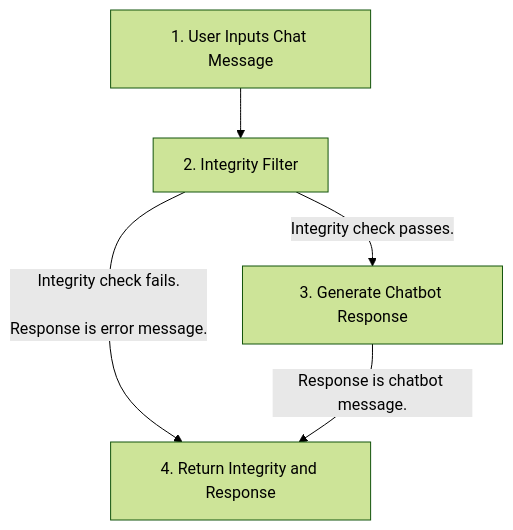
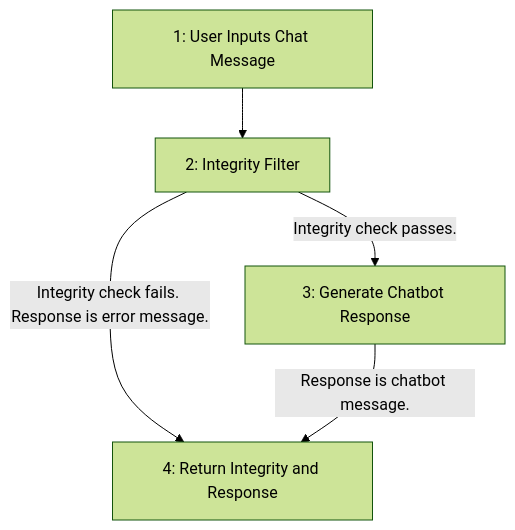
One commit to Cutwell/canary changed the diagram in README.md. Above: the diagram before and after it, drawn with Mermaid (forest theme).

Commit message:
Fix mermaid syntax

````diff
--- a/README.md
+++ b/README.md
@@ -15,7 +15,7 @@
 ```mermaid
 graph TD
-    A[1. User Inputs Chat Message] --> B[2. Integrity Filter]
-    B -->|Integrity check passes.| C[3. Generate Chatbot Response]
-    B -->|Integrity check fails.\n\nResponse is error message.| D
-    C -->|Response is chatbot message.| D[4. Return Integrity and Response]
+    A[1: User Inputs Chat Message] --> B[2: Integrity Filter]
+    B -->|Integrity check passes.| C[3: Generate Chatbot Response]
+    B -->|Integrity check fails. Response is error message.| D
+    C -->|Response is chatbot message.| D[4: Return Integrity and Response]
 ```
````
